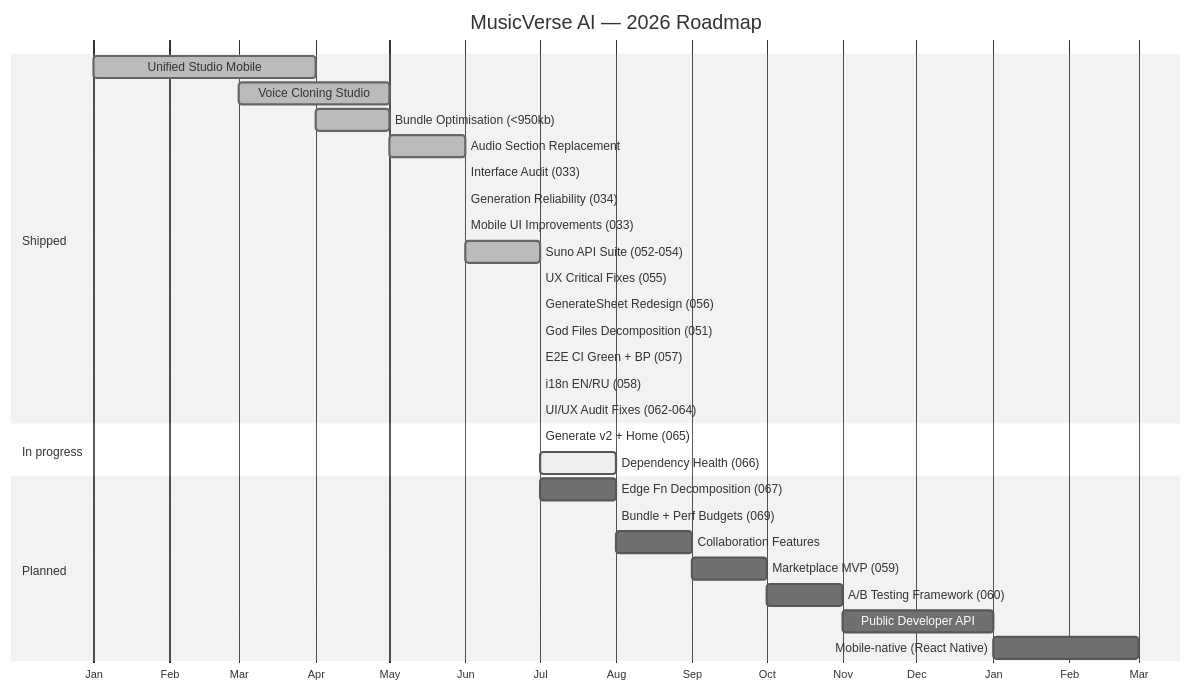
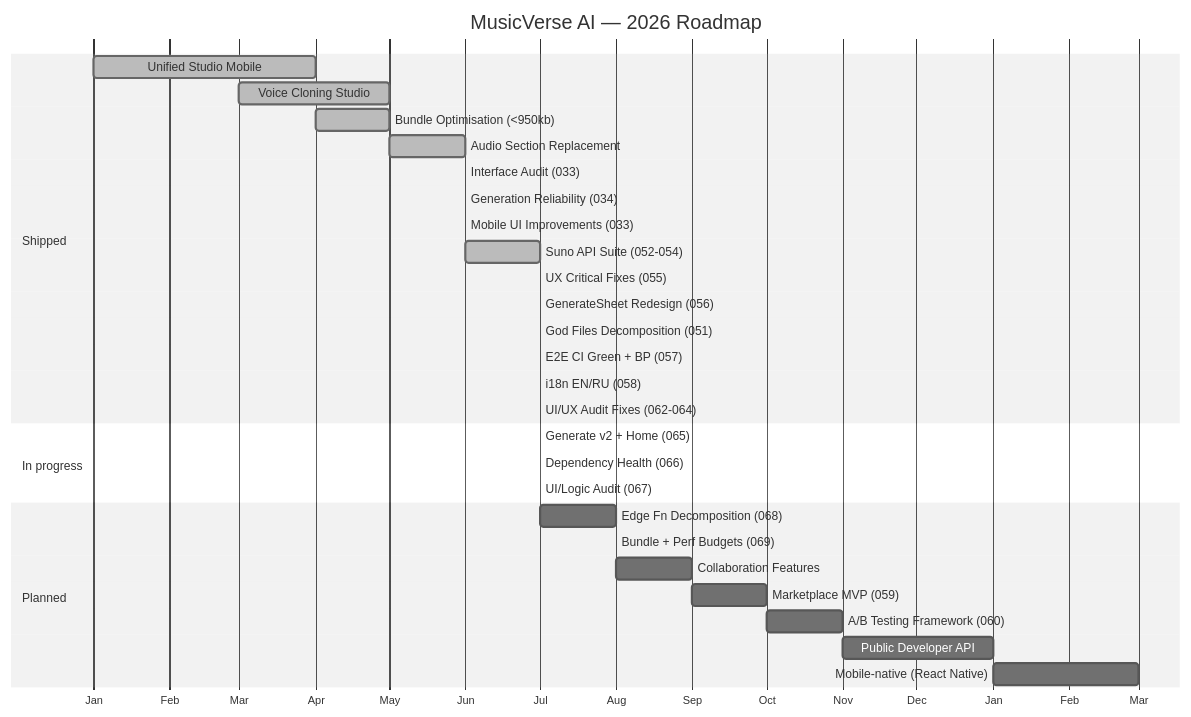
Before and after one commit to HOW2AI-AGENCY/aimusicverse: the diagram in ROADMAP.md, drawn with Mermaid (neutral theme). The commit also changed other lines of this file and 3 other files, not shown here.

First line of the commit message:
docs: update devlog, changelog, roadmap for 2026-07-23 audit

````diff
--- a/ROADMAP.md
+++ b/ROADMAP.md
@@ -27,32 +27,33 @@
 ```mermaid
 gantt
     title MusicVerse AI — 2026 Roadmap
     dateFormat YYYY-MM
     axisFormat %b
     section Shipped
     Unified Studio Mobile        :done, 2026-01, 2026-04
     Voice Cloning Studio         :done, 2026-03, 2026-05
     Bundle Optimisation (<950kb) :done, 2026-04, 2026-05
     Audio Section Replacement    :done, 2026-05, 2026-06
     Interface Audit (033)        :done, 2026-06, 2026-06
     Generation Reliability (034) :done, 2026-06, 2026-06
     Mobile UI Improvements (033) :done, 2026-06, 2026-06
     Suno API Suite (052-054)     :done, 2026-06, 2026-07
     UX Critical Fixes (055)      :done, 2026-07, 2026-07
     GenerateSheet Redesign (056) :done, 2026-07, 2026-07
     God Files Decomposition (051):done, 2026-07, 2026-07
     E2E CI Green + BP (057)      :done, 2026-07, 2026-07
     i18n EN/RU (058)             :done, 2026-07, 2026-07
     UI/UX Audit Fixes (062-064)  :done, 2026-07, 2026-07
     section In progress
-    Generate v2 + Home (065)     :active, 2026-07, 2026-07
-    Dependency Health (066)      :active, 2026-07, 2026-08
+    Generate v2 + Home (065)     :done, 2026-07, 2026-07
+    Dependency Health (066)      :done, 2026-07, 2026-07
+    UI/Logic Audit (067)         :done, 2026-07, 2026-07
     section Planned
-    Edge Fn Decomposition (067)  : 2026-07, 2026-08
+    Edge Fn Decomposition (068)  : 2026-07, 2026-08
     Bundle + Perf Budgets (069)  : 2026-08, 2026-08
     Collaboration Features       : 2026-08, 2026-09
     Marketplace MVP (059)        : 2026-09, 2026-10
     A/B Testing Framework (060)  : 2026-10, 2026-11
     Public Developer API         : 2026-11, 2027-01
     Mobile-native (React Native) : 2027-01, 2027-03
 ```
````
